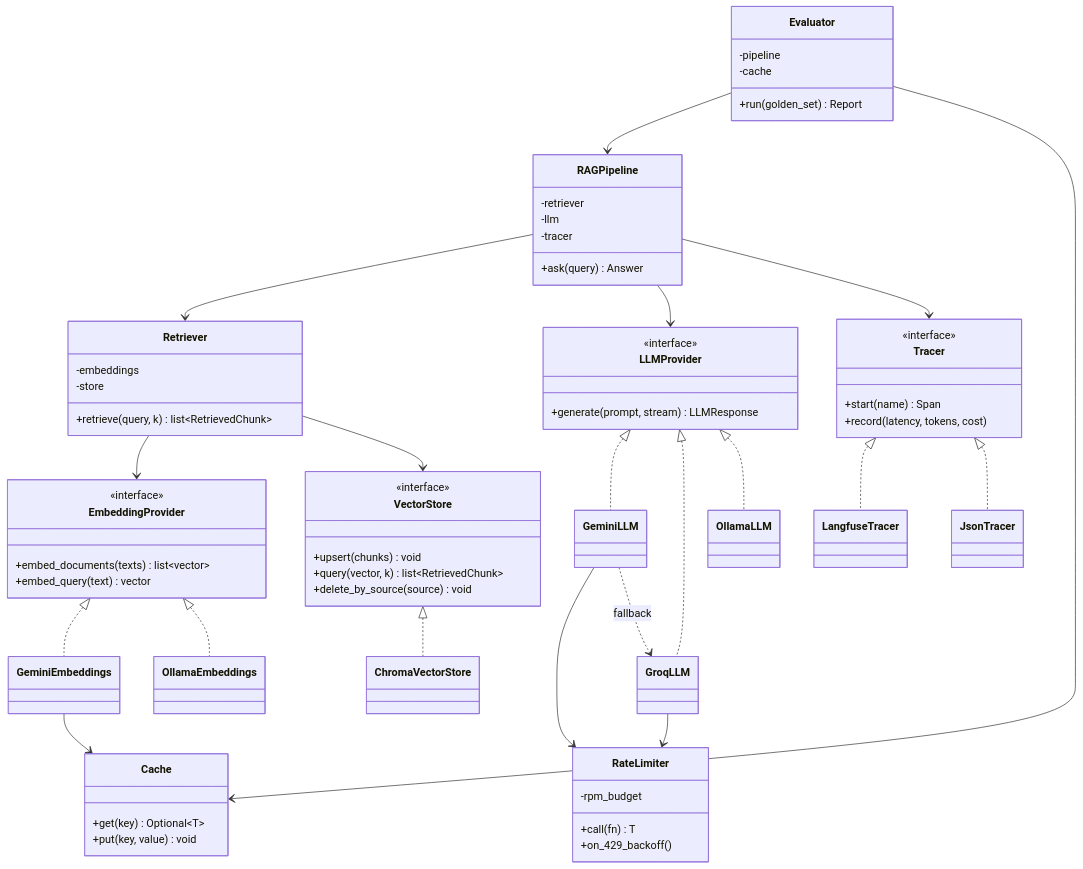
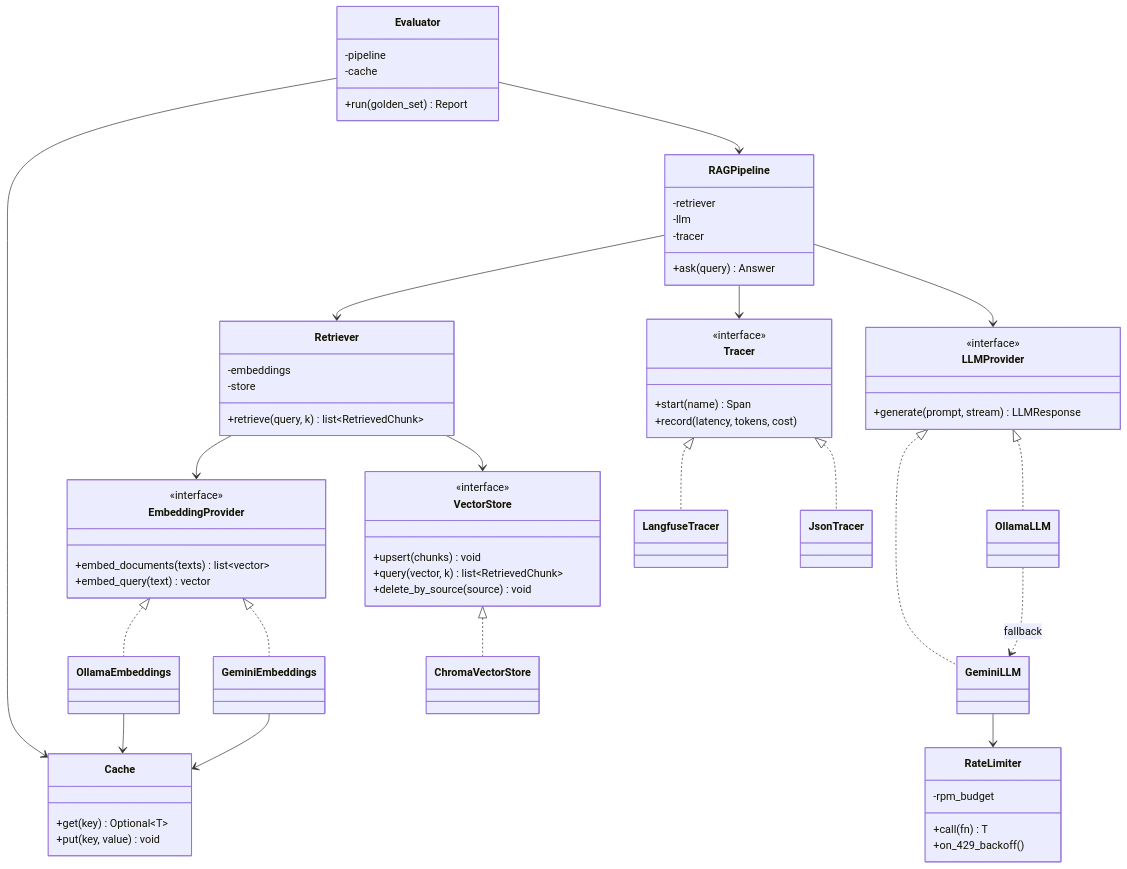
One commit to mathfrancisco/Personal-RAG-Assistant changed the seventh of 11 diagrams in docs/DIAGRAMS.md. Above: the diagram before and after it, drawn with Mermaid. The commit also changed other lines of this file and 26 other files, not shown here.

First line of the commit message:
feat(phase-0): scaffold + local-first strategy (Ollama primary, Gemini fallback)

````diff
--- a/docs/DIAGRAMS.md
+++ b/docs/DIAGRAMS.md
@@ -246,81 +245,79 @@
 ```mermaid
 classDiagram
     class EmbeddingProvider {
         <<interface>>
         +embed_documents(texts) list~vector~
         +embed_query(text) vector
     }
     class LLMProvider {
         <<interface>>
         +generate(prompt, stream) LLMResponse
     }
     class VectorStore {
         <<interface>>
         +upsert(chunks) void
         +query(vector, k) list~RetrievedChunk~
         +delete_by_source(source) void
     }
 
     class Tracer {
         <<interface>>
         +start(name) Span
         +record(latency, tokens, cost)
     }
 
     class GeminiEmbeddings
     class OllamaEmbeddings
+    class OllamaLLM
     class GeminiLLM
-    class GroqLLM
-    class OllamaLLM
     class ChromaVectorStore
     class LangfuseTracer
     class JsonTracer
 
     class Cache {
         +get(key) Optional~T~
         +put(key, value) void
     }
     class RateLimiter {
         -rpm_budget
         +call(fn) T
         +on_429_backoff()
     }
 
     class RAGPipeline {
         -retriever
         -llm
         -tracer
         +ask(query) Answer
     }
     class Retriever {
         -embeddings
         -store
         +retrieve(query, k) list~RetrievedChunk~
     }
     class Evaluator {
         -pipeline
         -cache
         +run(golden_set) Report
     }
 
     EmbeddingProvider <|.. GeminiEmbeddings
     EmbeddingProvider <|.. OllamaEmbeddings
+    LLMProvider <|.. OllamaLLM
     LLMProvider <|.. GeminiLLM
-    LLMProvider <|.. GroqLLM
-    LLMProvider <|.. OllamaLLM
     VectorStore <|.. ChromaVectorStore
     Tracer <|.. LangfuseTracer
     Tracer <|.. JsonTracer
 
     RAGPipeline --> Retriever
     RAGPipeline --> LLMProvider
     RAGPipeline --> Tracer
     Retriever --> EmbeddingProvider
     Retriever --> VectorStore
     Evaluator --> RAGPipeline
     Evaluator --> Cache
+    OllamaEmbeddings --> Cache
     GeminiEmbeddings --> Cache
     GeminiLLM --> RateLimiter
-    GroqLLM --> RateLimiter
-    GeminiLLM ..> GroqLLM : fallback
+    OllamaLLM ..> GeminiLLM : fallback
 ```
````
